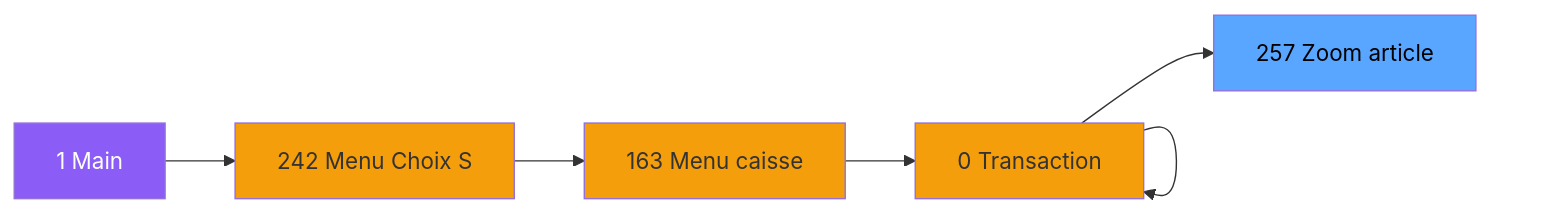
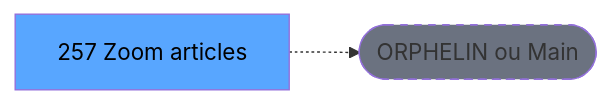
Before and after one commit to thonyAGP/lecteur-magic: the second of 3 diagrams in .openspec/specs/ADH-IDE-257.md, drawn with Mermaid. The commit also changed other lines of this file and 701 other files, not shown here.

````diff
--- a/.openspec/specs/ADH-IDE-257.md
+++ b/.openspec/specs/ADH-IDE-257.md
@@ -121,23 +117,8 @@
 ```mermaid
 graph LR
-    M[1 Main]
-    N242[242 Menu Choix S]
-    N163[163 Menu caisse ]
-    N0[0 Histo ventes]
-    N0[0 Histo ventes]
-    N0[0 Transaction ]
-    T[257 Zoom article]
-    M --> N242
-    N242 --> N163
-    N163 --> N0
-    N0 --> N0
-    N0 --> N0
-    N0 --> T
-    style M fill:#8b5cf6,color:#fff
-    style N242 fill:#f59e0b
-    style N163 fill:#f59e0b
-    style N0 fill:#f59e0b
-    style N0 fill:#f59e0b
-    style N0 fill:#f59e0b
+    T[257 Zoom articles]
+    ORPHAN([ORPHELIN ou Main])
+    T -.-> ORPHAN
     style T fill:#58a6ff,color:#000
+    style ORPHAN fill:#6b7280,stroke-dasharray: 5 5
 ```
````
